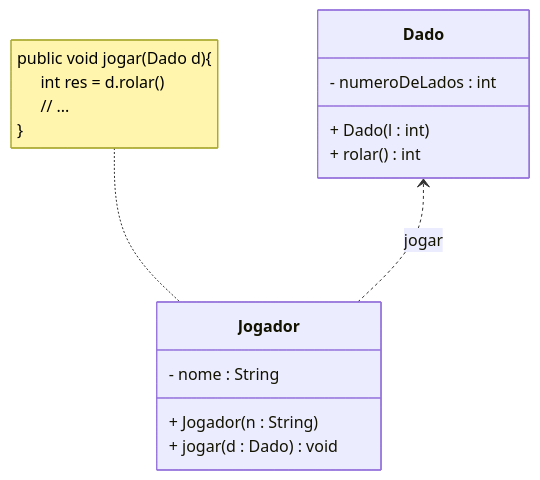
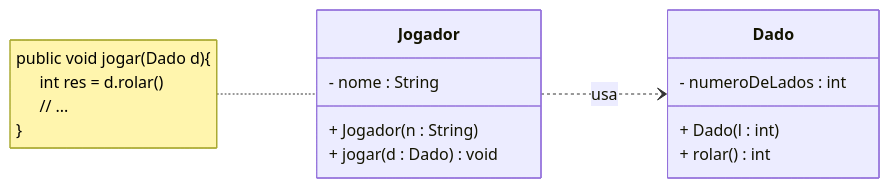
The eighth of 9 diagrams in readme.md (smauricioj/poo-slides-associacoes), drawn with Mermaid before and after one commit. The commit also changed other lines of this file, not shown here.

````diff
--- a/readme.md
+++ b/readme.md
@@ -188,23 +188,23 @@
 ```mermaid
 %%{init: {'flowchart': {'nodeSpacing': 100, 'rankSpacing': 100}}}%%
 classDiagram
-    direction TB
+    direction LR
     class Jogador {
         - nome : String
         + Jogador(n : String)
         + jogar(d : Dado) void
     }
     
     class Dado {
         - numeroDeLados : int
         + Dado(l : int)
         + rolar() int
     }
     
     note for Jogador "public void jogar(Dado d){
     ⠀⠀int res = d.rolar()
     ⠀⠀// ...
     }"
     
-    Dado <.. Jogador : jogar
+    Jogador ..> Dado : usa
 ```
````
